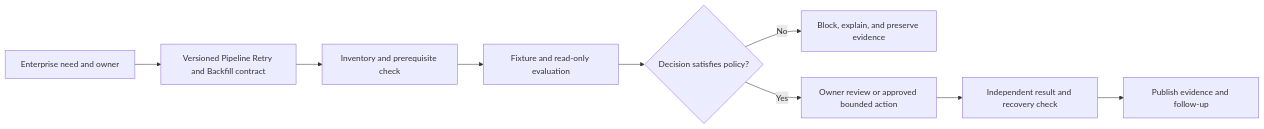
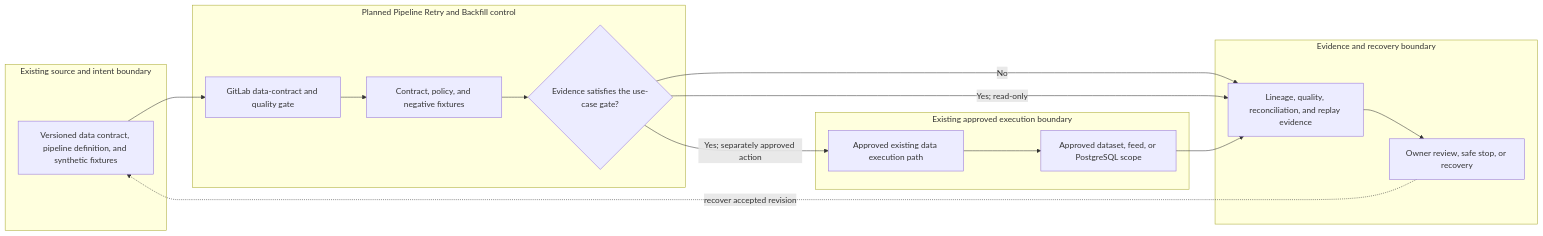
One commit to MIDHTECH/enterprise-architecture-docs changed the diagram in docs/use-cases/data/UC-DATA-019-pipeline-retry-and-backfill.md. Above: the diagram before and after it, drawn with Mermaid. The commit also changed other lines of this file and 227 other files, not shown here.

Commit message:
Deepen architecture for all use case designs

````diff
--- a/docs/use-cases/data/UC-DATA-019-pipeline-retry-and-backfill.md
+++ b/docs/use-cases/data/UC-DATA-019-pipeline-retry-and-backfill.md
@@ -136,11 +129,25 @@
 ```mermaid
 flowchart LR
-    Need["Enterprise need and owner"] --> Contract["Versioned Pipeline Retry and Backfill contract"]
-    Contract --> Preflight["Inventory and prerequisite check"]
-    Preflight --> Evaluate["Fixture and read-only evaluation"]
-    Evaluate --> Decision{"Decision satisfies policy?"}
-    Decision -->|No| Stop["Block, explain, and preserve evidence"]
-    Decision -->|Yes| Review["Owner review or approved bounded action"]
-    Review --> Verify["Independent result and recovery check"]
-    Verify --> Publish["Publish evidence and follow-up"]
+    subgraph Source["Existing source and intent boundary"]
+        A["Versioned data contract, pipeline definition, and synthetic fixtures"]
+    end
+    subgraph Planned["Planned Pipeline Retry and Backfill control"]
+        B["GitLab data-contract and quality gate"]
+        C["Contract, policy, and negative fixtures"]
+        D{"Evidence satisfies the use-case gate?"}
+    end
+    subgraph Runtime["Existing approved execution boundary"]
+        E["Approved existing data execution path"]
+        F["Approved dataset, feed, or PostgreSQL scope"]
+    end
+    subgraph Assurance["Evidence and recovery boundary"]
+        G["Lineage, quality, reconciliation, and replay evidence"]
+        H["Owner review, safe stop, or recovery"]
+    end
+
+    A --> B --> C --> D
+    D -->|No| G --> H
+    D -->|Yes; read-only| G
+    D -->|Yes; separately approved action| E --> F --> G
+    H -. recover accepted revision .-> A
 ```
````
